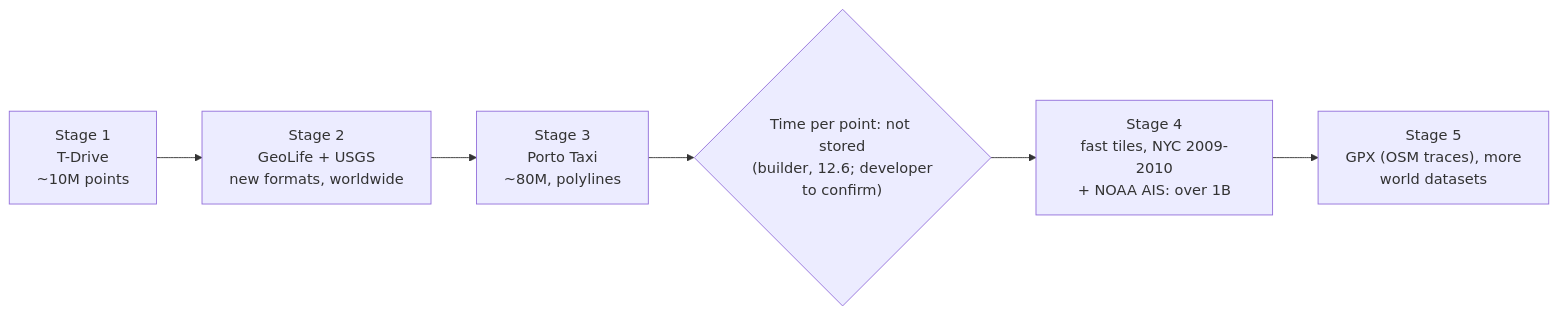
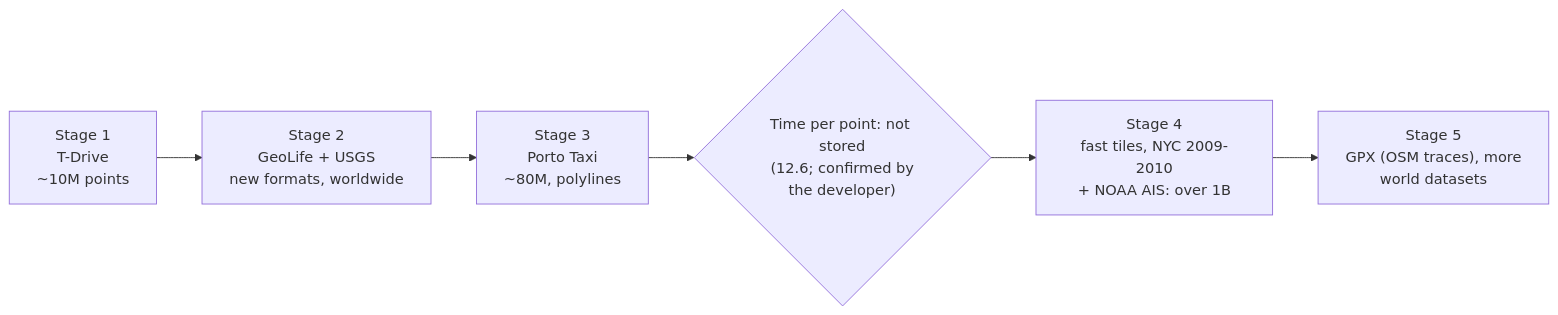
The tenth of 10 diagrams in docs/DESIGN.md (srir84/gps-tile-server), drawn with Mermaid before and after one commit. The commit also changed other lines of this file and 22 other files, not shown here.

````diff
--- a/docs/DESIGN.md
+++ b/docs/DESIGN.md
@@ -593,8 +593,8 @@
 ```mermaid
 flowchart LR
   T1["Stage 1<br/>T-Drive<br/>~10M points"] --> T2["Stage 2<br/>GeoLife + USGS<br/>new formats, worldwide"]
   T2 --> T3["Stage 3<br/>Porto Taxi<br/>~80M, polylines"]
-  T3 --> DEC{"Time per point: not stored<br/>(builder, 12.6; developer<br/>to confirm)"}
+  T3 --> DEC{"Time per point: not stored<br/>(12.6; confirmed by<br/>the developer)"}
   DEC --> T4["Stage 4<br/>fast tiles, NYC 2009-2010<br/>+ NOAA AIS: over 1B"]
   T4 --> T5["Stage 5<br/>GPX (OSM traces), more<br/>world datasets"]
 ```
````
